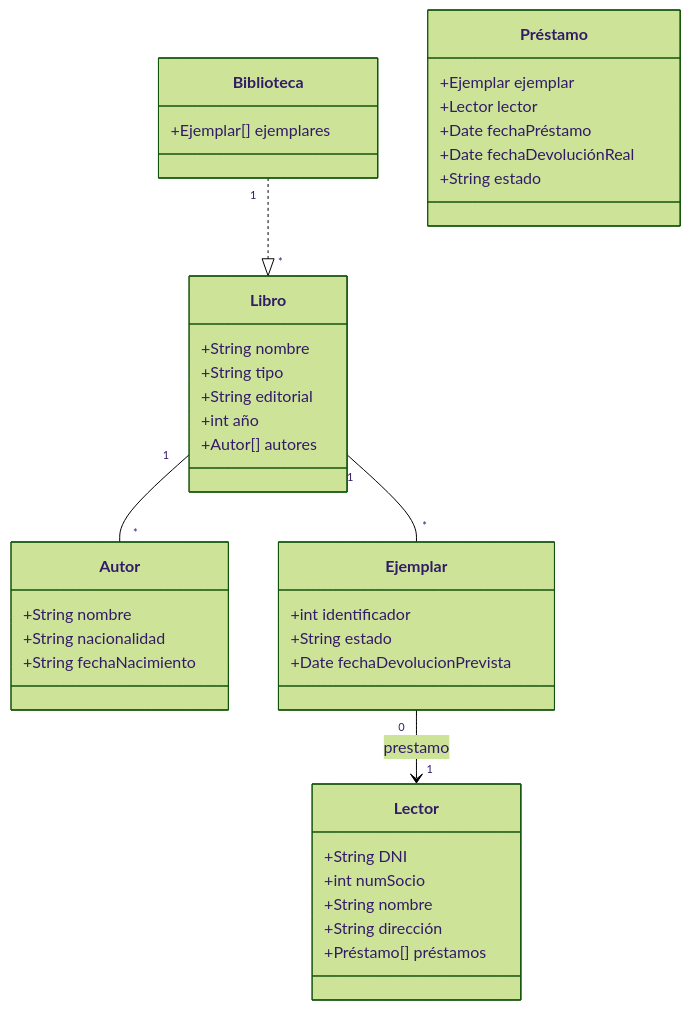
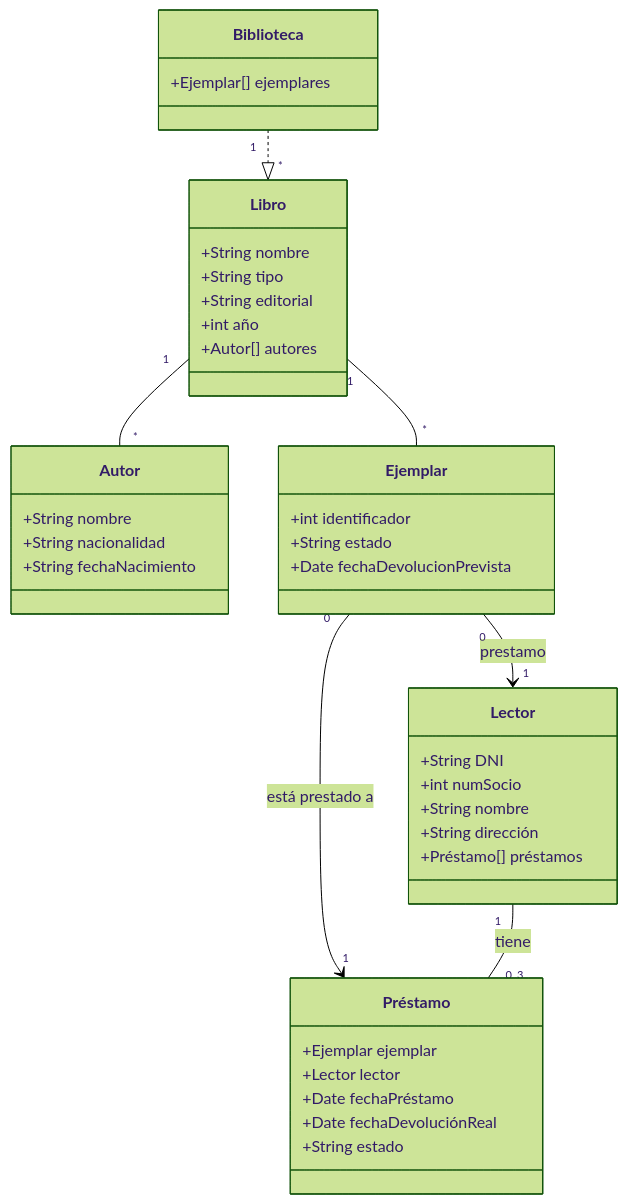
Before and after one commit to mmp3065/DiagramaRel: the diagram in diagrama.md, drawn with Mermaid (forest theme).

````diff
--- a/diagrama.md
+++ b/diagrama.md
@@ -1,43 +1,45 @@
 ```mermaid
 
 classDiagram
 
     class Libro{
       +String nombre
       +String tipo
       +String editorial
       +int año
       +Autor[] autores
     }
     class Biblioteca{
         +Ejemplar[] ejemplares
     }
     class Autor{
       +String nombre
       +String nacionalidad
       +String fechaNacimiento
     }
     class Ejemplar{
         +int identificador
         +String estado
         +Date fechaDevolucionPrevista
     }
     class Lector{
         +String DNI
         +int numSocio
         +String nombre
         +String dirección 
         +Préstamo[] préstamos
     }
     class Préstamo{
         +Ejemplar ejemplar
         +Lector lector
         +Date fechaPréstamo
         +Date fechaDevoluciónReal
         +String estado
     }
     Libro "1" -- "*" Ejemplar
     Libro "1" -- "*" Autor
     Ejemplar "0" --> "1" Lector : prestamo
     Biblioteca "1"..|> "*" Libro
+    Ejemplar "0" --> "1" Préstamo : está prestado a
+    Lector "1" -- "0..3" Préstamo : tiene
 ```
````
